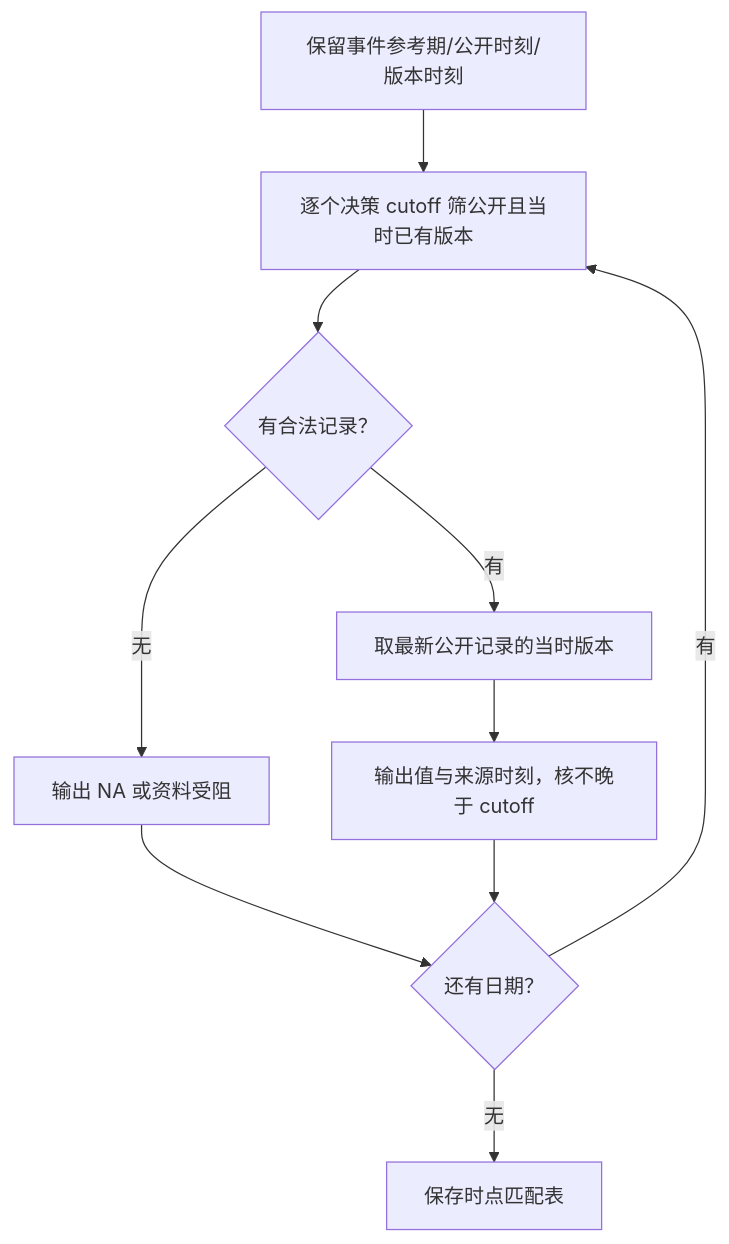
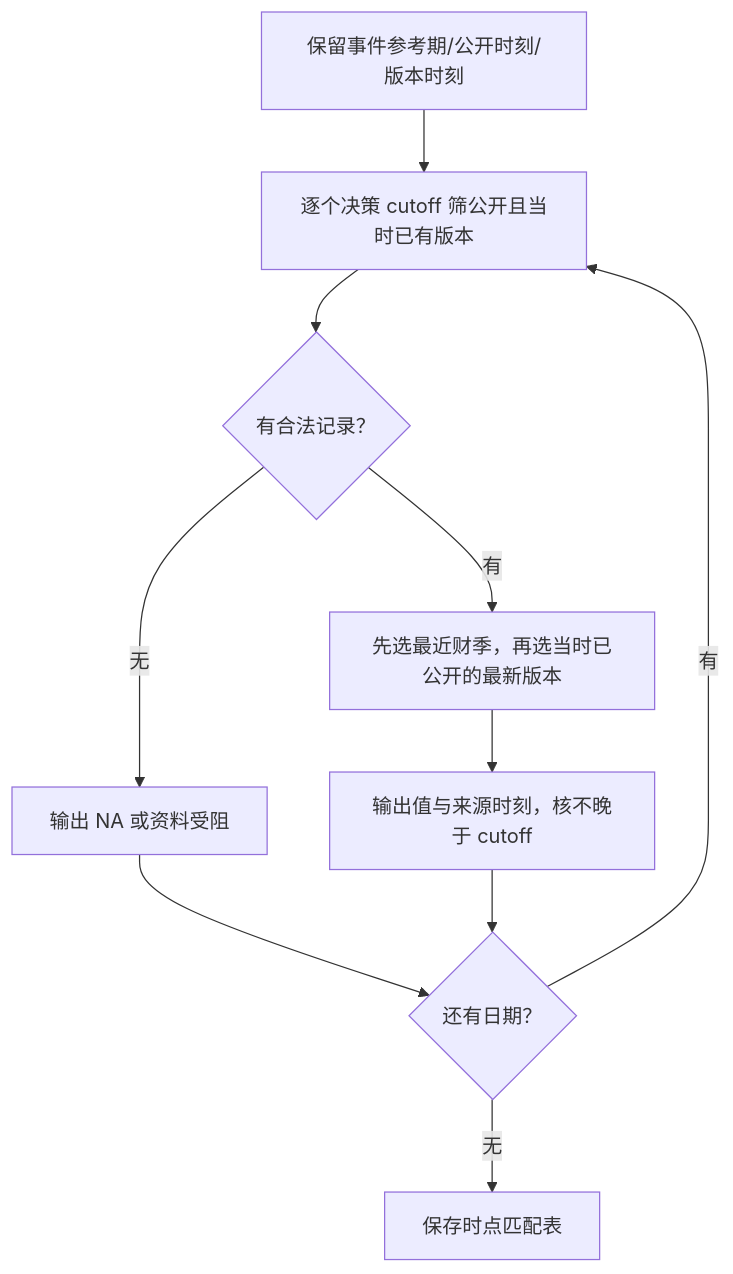
One commit to CercaTrovato/cityu-ai-course-notes changed the seventh of 11 diagrams in EF5560_Fintech_and_AI_in_Finance/notes/M01-金融数据与Vibe-Coding.md. Above: the diagram before and after it, drawn with Mermaid. The commit also changed other lines of this file and 2300 other files, not shown here.

First line of the commit message:
完善五课程逐页学习笔记、课件原图与修补规范

````diff
--- a/EF5560_Fintech_and_AI_in_Finance/notes/M01-金融数据与Vibe-Coding.md
+++ b/EF5560_Fintech_and_AI_in_Finance/notes/M01-金融数据与Vibe-Coding.md
@@ -1132,12 +1822,12 @@
 ```mermaid
 flowchart TD
  A["保留事件参考期/公开时刻/版本时刻"] --> B["逐个决策 cutoff 筛公开且当时已有版本"]
  B --> C{"有合法记录？"}
  C -->|无| D["输出 NA 或资料受阻"]
- C -->|有| E["取最新公开记录的当时版本"]
+ C -->|有| E["先选最近财季，再选当时已公开的最新版本"]
  E --> F["输出值与来源时刻，核不晚于 cutoff"]
  D --> G{"还有日期？"}
  F --> G
  G -->|有| B
  G -->|无| H["保存时点匹配表"]
 ```
````
